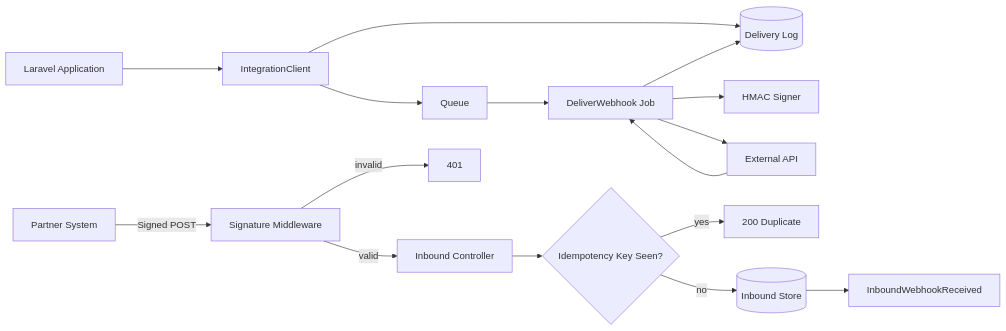
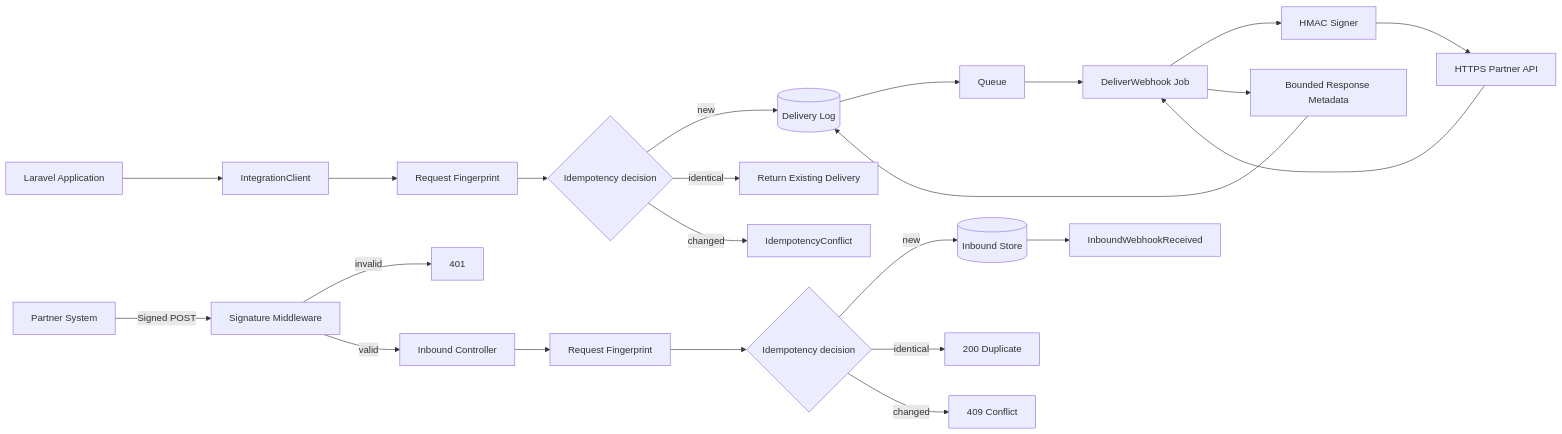
The diagram in docs/ARCHITECTURE.md (DagemawiDeveloper/laravel-api-integration-demo), drawn with Mermaid before and after one commit. The commit also changed other lines of this file and 19 other files, not shown here.

First line of the commit message:
Make RelayHub idempotency deterministic and test its delivery lifecycle

````diff
--- a/docs/ARCHITECTURE.md
+++ b/docs/ARCHITECTURE.md
@@ -3,19 +3,26 @@
 ```mermaid
 flowchart LR
     APP[Laravel Application] --> CLIENT[IntegrationClient]
-    CLIENT --> DB[(Delivery Log)]
-    CLIENT --> QUEUE[Queue]
+    CLIENT --> FP[Request Fingerprint]
+    FP --> OUTIDEM{Idempotency decision}
+    OUTIDEM -->|new| DB[(Delivery Log)]
+    DB --> QUEUE[Queue]
     QUEUE --> JOB[DeliverWebhook Job]
     JOB --> SIGN[HMAC Signer]
-    JOB --> EXT[External API]
+    SIGN --> EXT[HTTPS Partner API]
     EXT --> JOB
-    JOB --> DB
+    JOB --> META[Bounded Response Metadata]
+    META --> DB
+    OUTIDEM -->|identical| EXISTING[Return Existing Delivery]
+    OUTIDEM -->|changed| CONFLICT[IdempotencyConflict]
 
     PARTNER[Partner System] -->|Signed POST| MW[Signature Middleware]
+    MW -->|invalid| ERR[401]
     MW -->|valid| CTRL[Inbound Controller]
-    MW -->|invalid| ERR[401]
-    CTRL --> IDEM{Idempotency Key Seen?}
-    IDEM -->|yes| DUP[200 Duplicate]
-    IDEM -->|no| INDB[(Inbound Store)]
+    CTRL --> INFP[Request Fingerprint]
+    INFP --> INIDEM{Idempotency decision}
+    INIDEM -->|new| INDB[(Inbound Store)]
     INDB --> EVENT[InboundWebhookReceived]
+    INIDEM -->|identical| DUP[200 Duplicate]
+    INIDEM -->|changed| INC[409 Conflict]
 ```
````
